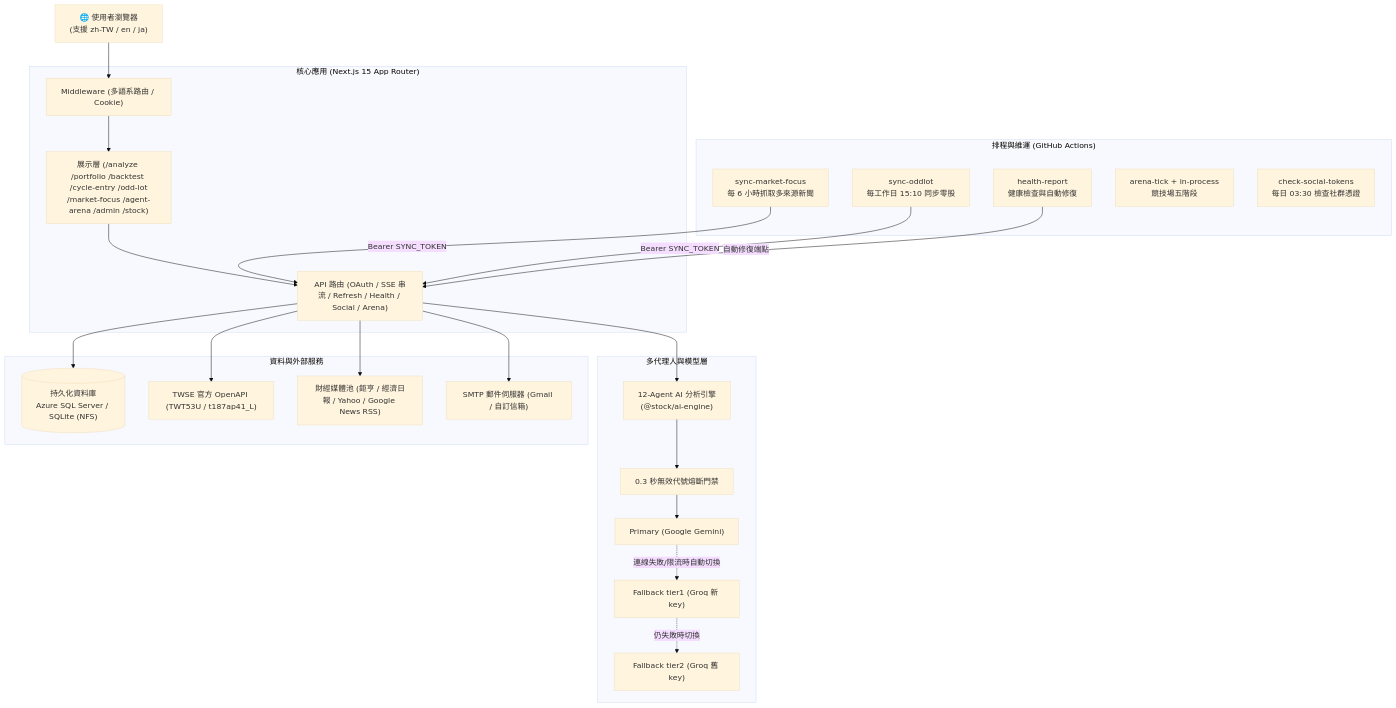
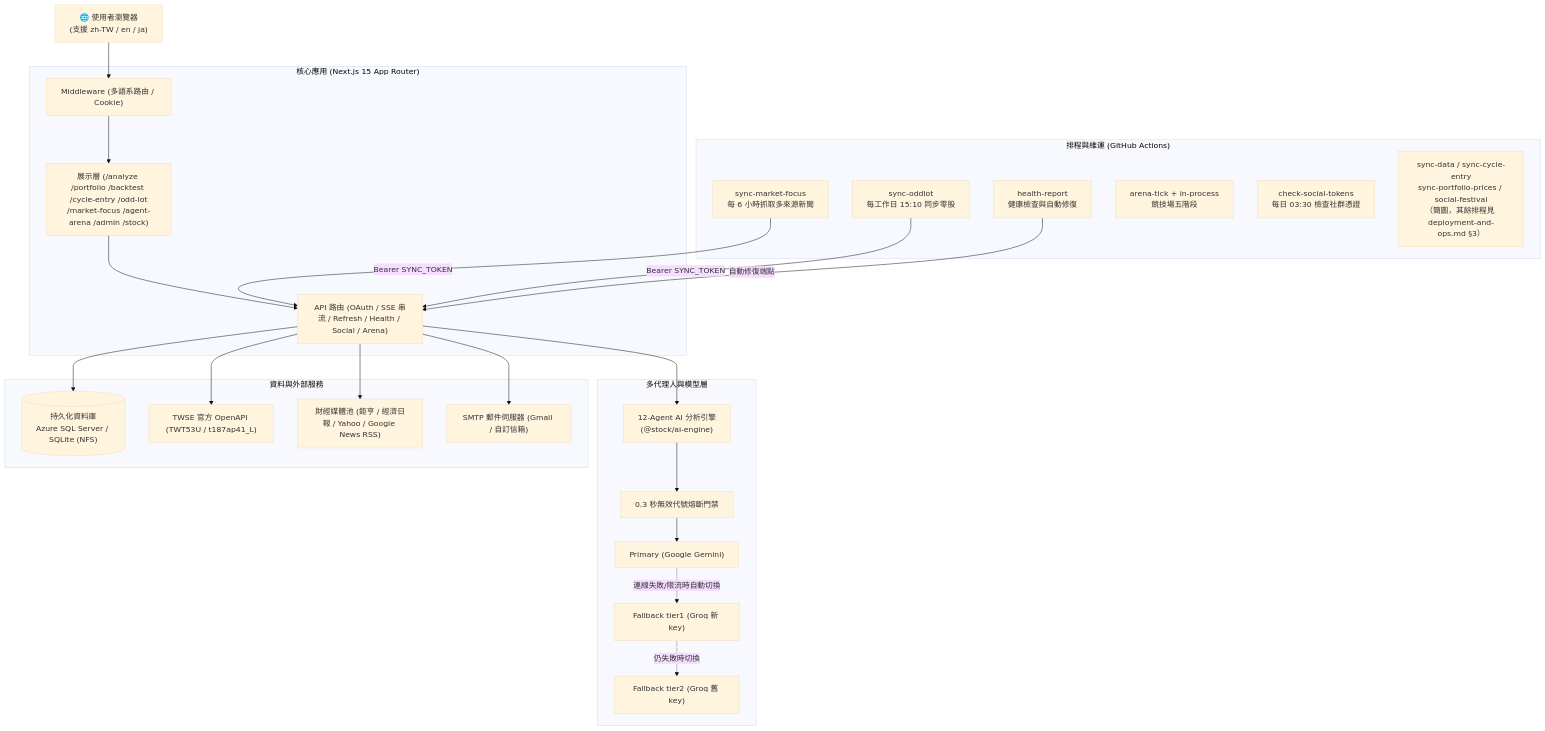
Before and after one commit to YozoraRoy/Vestential: the diagram in docs/architecture-and-tech.md, drawn with Mermaid (base theme). The commit also changed 6 other files, not shown here.

````diff
--- a/docs/architecture-and-tech.md
+++ b/docs/architecture-and-tech.md
@@ -9,48 +9,49 @@
 ```mermaid
 flowchart TB
     User["🌐 使用者瀏覽器<br/>(支援 zh-TW / en / ja)"]
 
     subgraph Actions["排程與維運 (GitHub Actions)"]
         Cron_MF["sync-market-focus<br/>每 6 小時抓取多來源新聞"]
         Cron_ODD["sync-oddlot<br/>每工作日 15:10 同步零股"]
         Cron_Health["health-report<br/>健康檢查與自動修復"]
         Cron_ARENA["arena-tick + in-process<br/>競技場五階段"]
         Cron_SOCIAL["check-social-tokens<br/>每日 03:30 檢查社群憑證"]
+        Cron_MISC["sync-data / sync-cycle-entry<br/>sync-portfolio-prices / social-festival<br/>（簡圖，其餘排程見 deployment-and-ops.md §3）"]
     end
 
     subgraph Web["核心應用 (Next.js 15 App Router)"]
         MW["Middleware (多語系路由 / Cookie)"]
         Pages["展示層 (/analyze /portfolio /backtest /cycle-entry /odd-lot<br/>/market-focus /agent-arena /admin /stock)"]
         API["API 路由 (OAuth / SSE 串流 / Refresh / Health / Social / Arena)"]
     end
 
     subgraph CoreEngine["多代理人與模型層"]
         AgentEngine["12-Agent AI 分析引擎<br/>(@stock/ai-engine)"]
         Guard["0.3 秒無效代號熔斷門禁"]
         LLM_Primary["Primary (Google Gemini)"]
         LLM_Fallback["Fallback tier1 (Groq 新 key)"]
         LLM_Fallback2["Fallback tier2 (Groq 舊 key)"]
     end
 
     subgraph DataLayer["資料與外部服務"]
         DB[("持久化資料庫<br/>Azure SQL Server / SQLite (NFS)")]
         TWSE["TWSE 官方 OpenAPI (TWT53U / t187ap41_L)"]
         NewsSources["財經媒體池 (鉅亨 / 經濟日報 / Yahoo / Google News RSS)"]
         Mail["SMTP 郵件伺服器 (Gmail / 自訂信箱)"]
     end
 
     User --> MW --> Pages
     Pages --> API
     API --> AgentEngine
     AgentEngine --> Guard
         Guard --> LLM_Primary
         LLM_Primary -.->|連線失敗/限流時自動切換| LLM_Fallback
         LLM_Fallback -.->|仍失敗時切換| LLM_Fallback2
     API --> DB
     Cron_MF -->|Bearer SYNC_TOKEN| API
     Cron_ODD -->|Bearer SYNC_TOKEN| API
     Cron_Health -->|自動修復端點| API
     API --> TWSE
     API --> NewsSources
     API --> Mail
 ```
````
